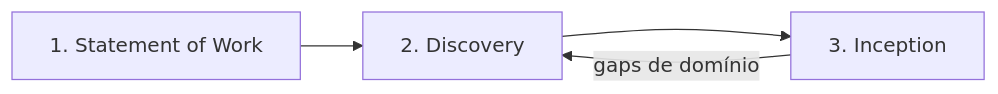
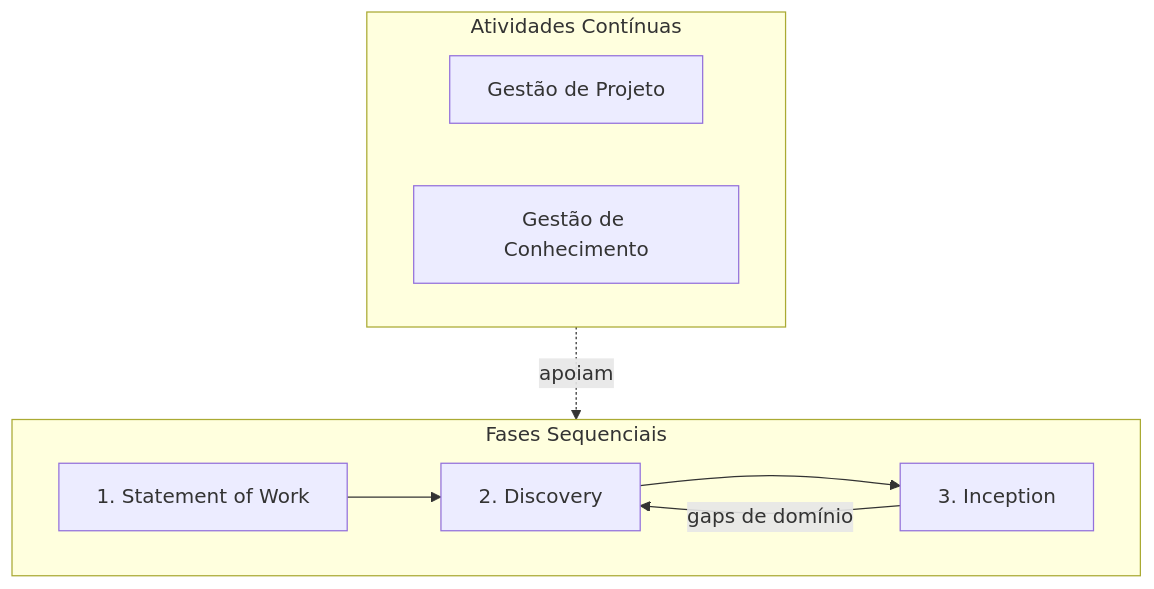
The diagram in docs/sdlc/0_processo.md (leds-conectafapes/processo-leds-sdlc), drawn with Mermaid before and after one commit. The commit also changed other lines of this file, not shown here.

Commit message:
docs: adiciona Gestão de Projeto e Gestão de Conhecimento como atividades contínuas
Diagrama reestruturado com subgrafo de Fases Sequenciais e subgrafo de
Atividades Contínuas (paralelas). Texto atualizado com descrição e
responsável de cada atividade contínua.

````diff
--- a/docs/sdlc/0_processo.md
+++ b/docs/sdlc/0_processo.md
@@ -7,6 +7,17 @@
 ```mermaid
-graph LR
-    SOW[1. Statement of Work] --> DISC[2. Discovery]
-    DISC --> INC[3. Inception]
-    INC -->|gaps de domínio| DISC
+graph TB
+    subgraph sequencial[Fases Sequenciais]
+        direction LR
+        SOW[1. Statement of Work] --> DISC[2. Discovery]
+        DISC --> INC[3. Inception]
+        INC -->|gaps de domínio| DISC
+    end
+
+    subgraph paralelas[Atividades Contínuas]
+        direction LR
+        GP[Gestão de Projeto]
+        GC[Gestão de Conhecimento]
+    end
+
+    paralelas -.->|apoiam| sequencial
 ```
````
